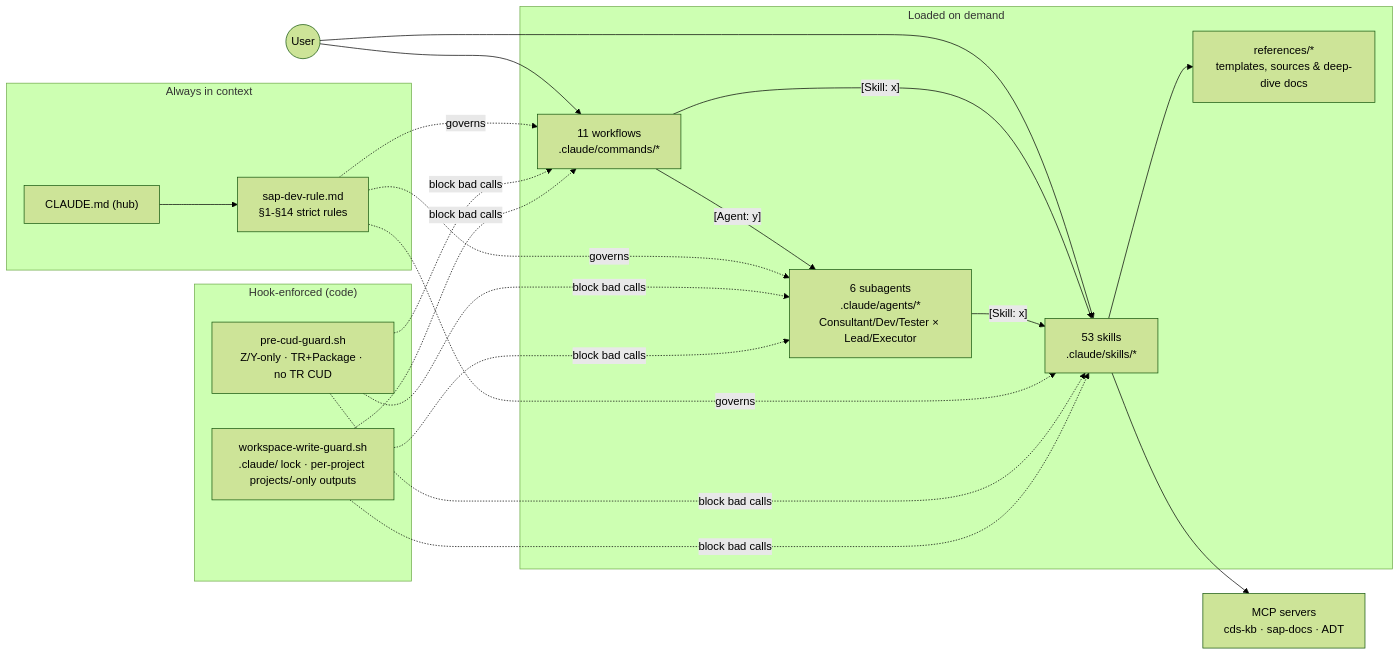
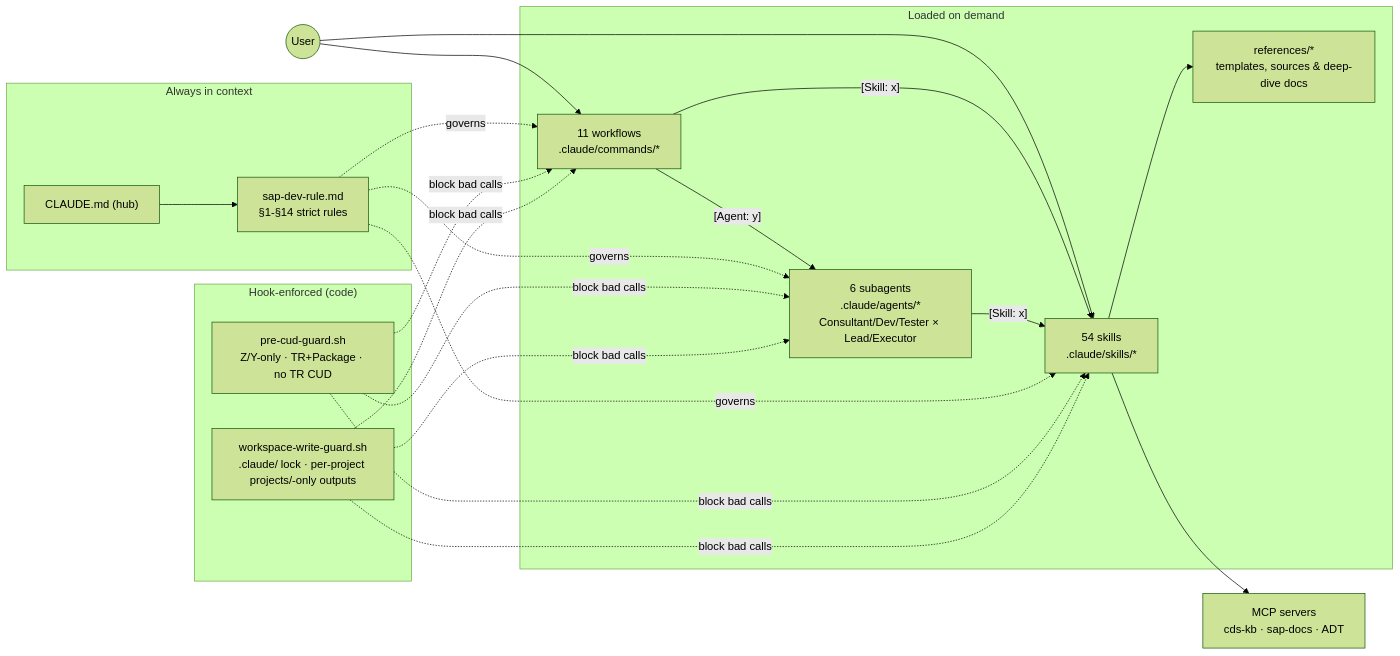
Before and after one commit to dovoanhtruong/abap-agent-claudecode-workspace: the first of 2 diagrams in README.md, drawn with Mermaid (forest theme). The commit also changed other lines of this file and 43 other files, not shown here.

````diff
--- a/README.md
+++ b/README.md
@@ -18,23 +18,23 @@
 ```mermaid
 flowchart LR
     subgraph CTX["Always in context"]
         CM["CLAUDE.md (hub)"] --> RULE["sap-dev-rule.md<br/>§1-§14 strict rules"]
     end
     subgraph ONDEMAND["Loaded on demand"]
-        SK["53 skills<br/>.claude/skills/*"] --> REF["references/*<br/>templates, sources & deep-dive docs"]
+        SK["54 skills<br/>.claude/skills/*"] --> REF["references/*<br/>templates, sources & deep-dive docs"]
         WF["11 workflows<br/>.claude/commands/*"]
         AG["6 subagents<br/>.claude/agents/*<br/>Consultant/Dev/Tester × Lead/Executor"]
     end
     subgraph ENFORCE["Hook-enforced (code)"]
         H1["pre-cud-guard.sh<br/>Z/Y-only · TR+Package · no TR CUD"]
         H2["workspace-write-guard.sh<br/>.claude/ lock · per-project projects/-only outputs"]
     end
     USER((User)) --> WF
     USER --> SK
     WF -->|"[Skill: x]"| SK
     WF -->|"[Agent: y]"| AG
     AG -->|"[Skill: x]"| SK
     RULE -.governs.-> WF & SK & AG
     H1 & H2 -.block bad calls.-> WF & SK & AG
     SK --> MCP["MCP servers<br/>cds-kb · sap-docs · ADT"]
 ```
````
